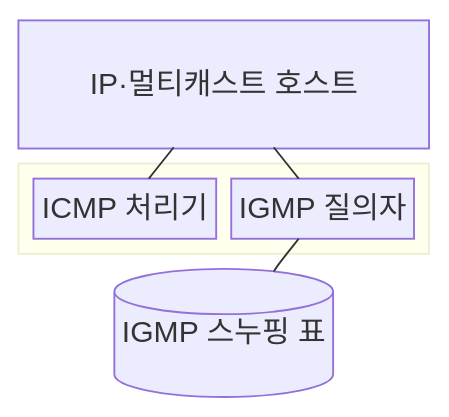
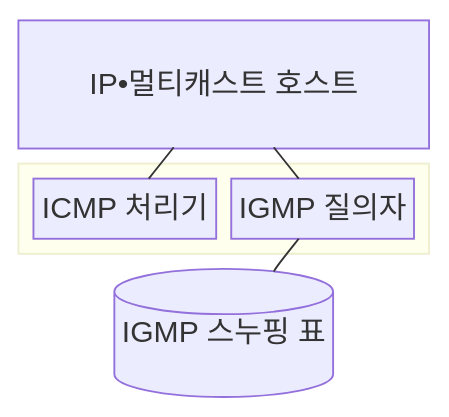
The first of 2 diagrams in src/content/docs/notes/04-network/014_icmp_igmp.md (agnusdei1207/knowledge-base), drawn with Mermaid before and after one commit. The commit also changed other lines of this file and 953 other files, not shown here.

````diff
--- a/src/content/docs/notes/04-network/014_icmp_igmp.md
+++ b/src/content/docs/notes/04-network/014_icmp_igmp.md
@@ -69,14 +69,14 @@
 ```mermaid
 block
     columns 1
-    H["IP·멀티캐스트 호스트"]
+    H["IP•멀티캐스트 호스트"]
     block:CONTROL
         columns 2
         I["ICMP 처리기"]
         Q["IGMP 질의자"]
     end
     S[("IGMP 스누핑 표")]
     H --- I
     H --- Q
     Q --- S
 ```
````
